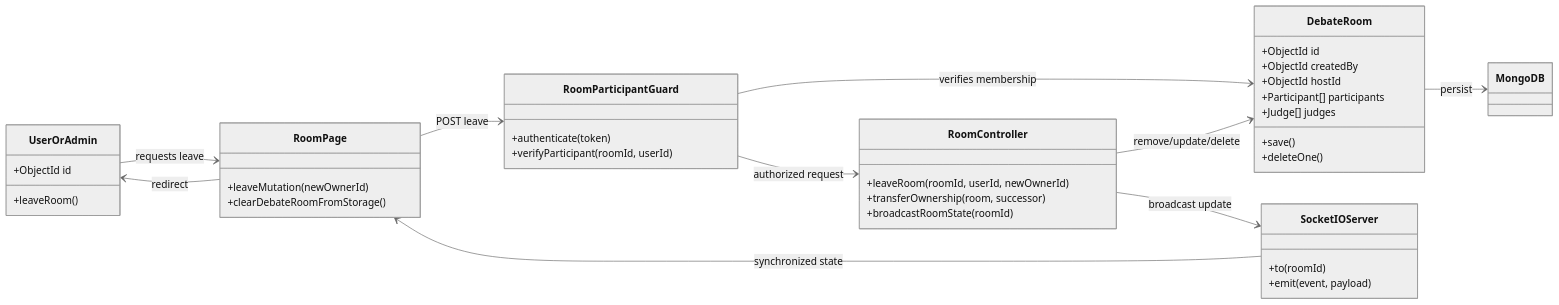
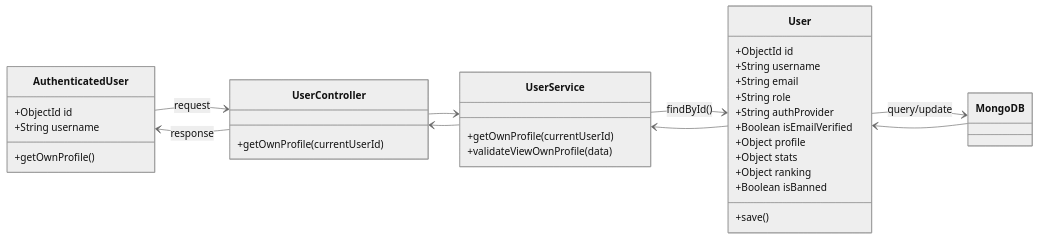
Before and after one commit to SUMMER2026SE/wdp301-rbl-project-wdp_se18d08_group-5: diagram 19 of 60 in docs/19_Detailed_Design.md, drawn with Mermaid (neutral theme). The commit also changed other lines of this file, not shown here.

````diff
--- a/docs/19_Detailed_Design.md
+++ b/docs/19_Detailed_Design.md
@@ -1131,52 +1270,44 @@
 ```mermaid
 classDiagram
 direction LR
 
-class UserOrAdmin {
+class AuthenticatedUser {
     +ObjectId id
-    +leaveRoom()
+    +String username
+    +getOwnProfile()
 }
 
-class RoomPage {
-    +leaveMutation(newOwnerId)
-    +clearDebateRoomFromStorage()
+class UserController {
+    +getOwnProfile(currentUserId)
 }
 
-class RoomParticipantGuard {
-    +authenticate(token)
-    +verifyParticipant(roomId, userId)
+class UserService {
+    +getOwnProfile(currentUserId)
+    +validateViewOwnProfile(data)
 }
 
-class RoomController {
-    +leaveRoom(roomId, userId, newOwnerId)
-    +transferOwnership(room, successor)
-    +broadcastRoomState(roomId)
-}
-
-class DebateRoom {
+class User {
     +ObjectId id
-    +ObjectId createdBy
-    +ObjectId hostId
-    +Participant[] participants
-    +Judge[] judges
+    +String username
+    +String email
+    +String role
+    +String authProvider
+    +Boolean isEmailVerified
+    +Object profile
+    +Object stats
+    +Object ranking
+    +Boolean isBanned
     +save()
-    +deleteOne()
-}
-
-class SocketIOServer {
-    +to(roomId)
-    +emit(event, payload)
 }
 
 class MongoDB
 
-UserOrAdmin --> RoomPage : requests leave
-RoomPage --> RoomParticipantGuard : POST leave
-RoomParticipantGuard --> DebateRoom : verifies membership
-RoomParticipantGuard --> RoomController : authorized request
-RoomController --> DebateRoom : remove/update/delete
-DebateRoom --> MongoDB : persist
-RoomController --> SocketIOServer : broadcast update
-SocketIOServer --> RoomPage : synchronized state
-RoomPage --> UserOrAdmin : redirect
+AuthenticatedUser --> UserController : request
+UserController --> UserService
+UserService --> User : findById()
+User --> MongoDB : query/update
+MongoDB --> User
+User --> UserService
+UserService --> UserController
+UserController --> AuthenticatedUser : response
 ```
````
